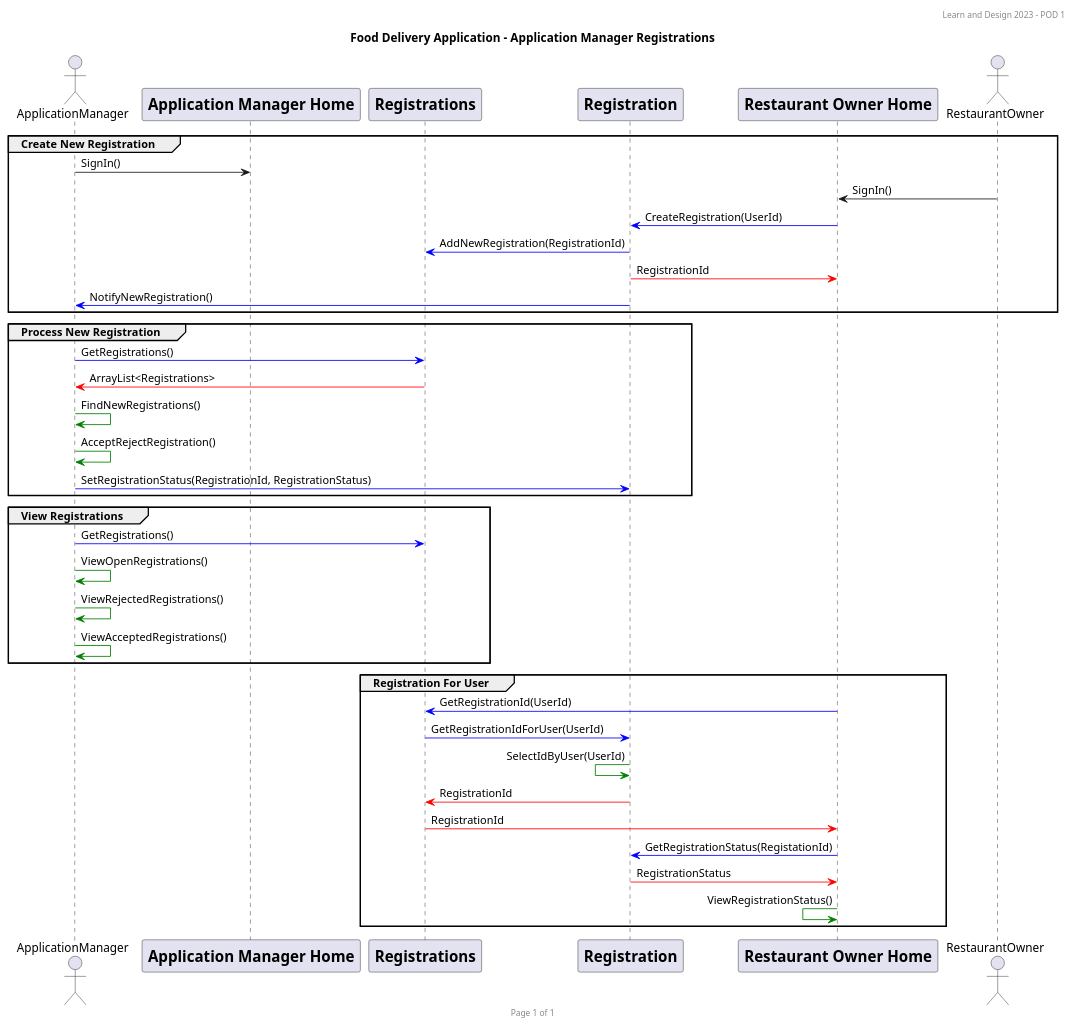
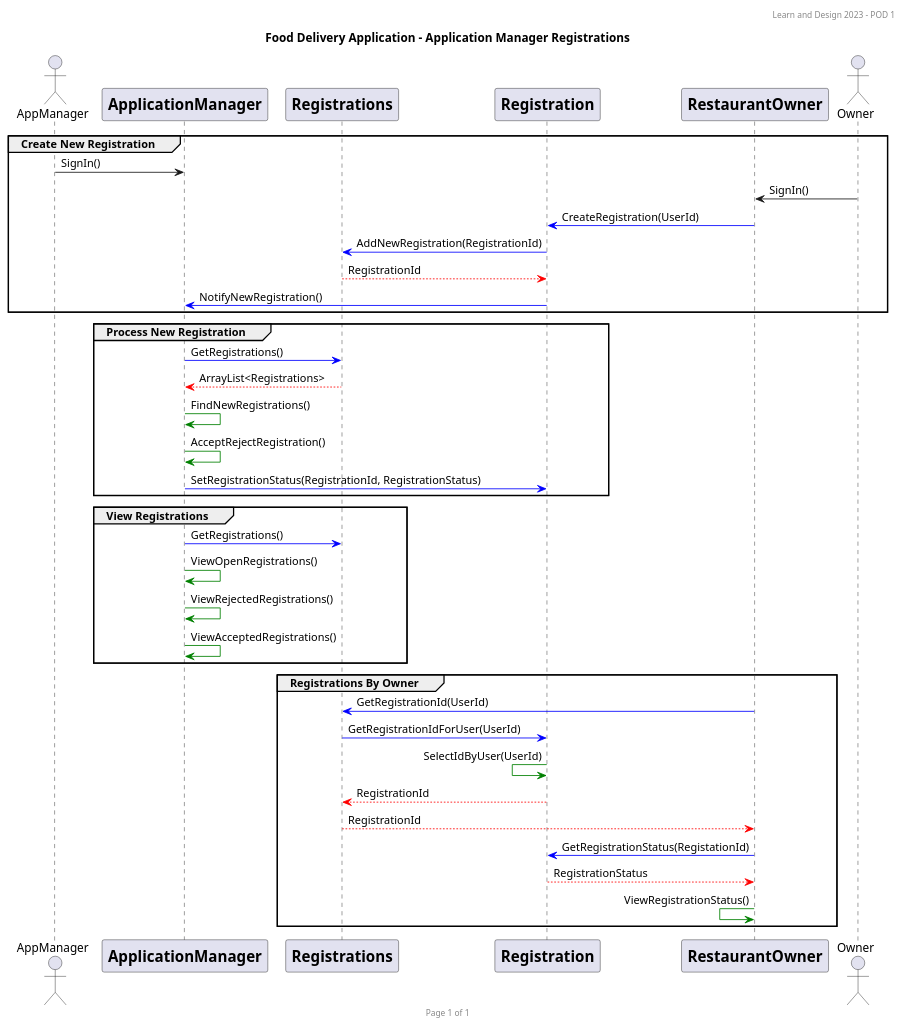
One commit to WestonDockstader/FoodDeliveryApp changed the diagram in SequenceDiagram/ApplicationManager-Registration-sequencey.puml. Above: the diagram before and after it, drawn with PlantUML. The commit also changed 16 other files, not shown here.

```diff
--- a/SequenceDiagram/ApplicationManager-Registration-sequencey.puml
+++ b/SequenceDiagram/ApplicationManager-Registration-sequencey.puml
@@ -1,60 +1,60 @@
 @startuml
 header Learn and Design 2023 - POD 1
 footer Page %page% of %lastpage%
 
 title: Food Delivery Application - Application Manager Registrations
 
-actor ApplicationManager
+actor AppManager
 
-participant ApplicationManagerHome [
-    = Application Manager Home
+participant ApplicationManager [
+    = ApplicationManager
 ]
 
 participant Registrations [
     = Registrations
 ]
 
 participant Registration [
     = Registration
 ]
 
-participant RestaurantOwnerHome [
-    = Restaurant Owner Home
+participant RestaurantOwner [
+    = RestaurantOwner
 ]
 
-actor RestaurantOwner
+actor Owner
 
     group Create New Registration
-ApplicationManager -> ApplicationManagerHome : SignIn()
-RestaurantOwnerHome <- RestaurantOwner : SignIn()
-Registration <[#blue]- RestaurantOwnerHome : CreateRegistration(UserId)
+AppManager -> ApplicationManager : SignIn()
+RestaurantOwner <- Owner : SignIn()
+Registration <[#blue]- RestaurantOwner : CreateRegistration(UserId)
 Registrations <[#blue]- Registration : AddNewRegistration(RegistrationId)
-Registration -[#red]> RestaurantOwnerHome : RegistrationId
+Registrations --[#red]> Registration : RegistrationId
 ApplicationManager <[#blue]- Registration : NotifyNewRegistration()
     end
     group Process New Registration
 Registrations <[#blue]- ApplicationManager : GetRegistrations()
-Registrations -[#red]> ApplicationManager : ArrayList<Registrations>
+Registrations --[#red]> ApplicationManager : ArrayList<Registrations>
 ApplicationManager -[#green]> ApplicationManager : FindNewRegistrations()
 ApplicationManager -[#green]> ApplicationManager : AcceptRejectRegistration()
 ApplicationManager -[#blue]> Registration : SetRegistrationStatus(RegistrationId, RegistrationStatus)
     end
     group View Registrations
 Registrations <[#blue]- ApplicationManager : GetRegistrations()
 ApplicationManager -[#green]> ApplicationManager : ViewOpenRegistrations()
 ApplicationManager -[#green]> ApplicationManager : ViewRejectedRegistrations()
 ApplicationManager -[#green]> ApplicationManager : ViewAcceptedRegistrations()
     end
-    group Registration For User
-Registrations <[#blue]- RestaurantOwnerHome : GetRegistrationId(UserId)
+    group Registrations By Owner
+Registrations <[#blue]- RestaurantOwner : GetRegistrationId(UserId)
 Registration <[#blue]- Registrations : GetRegistrationIdForUser(UserId)
 Registration <[#green]- Registration : SelectIdByUser(UserId)
-Registrations <[#red]- Registration : RegistrationId
-Registrations -[#red]> RestaurantOwnerHome : RegistrationId
-Registration <[#blue]- RestaurantOwnerHome : GetRegistrationStatus(RegistationId)
-Registration -[#red]> RestaurantOwnerHome : RegistrationStatus
-RestaurantOwnerHome <[#green]- RestaurantOwnerHome : ViewRegistrationStatus()
+Registrations <[#red]-- Registration : RegistrationId
+Registrations --[#red]> RestaurantOwner : RegistrationId
+Registration <[#blue]- RestaurantOwner : GetRegistrationStatus(RegistationId)
+Registration --[#red]> RestaurantOwner : RegistrationStatus
+RestaurantOwner <[#green]- RestaurantOwner : ViewRegistrationStatus()
     end
 
 
 @enduml
```
